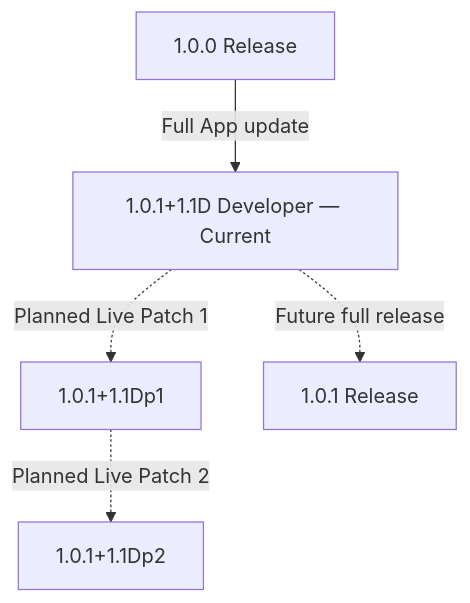
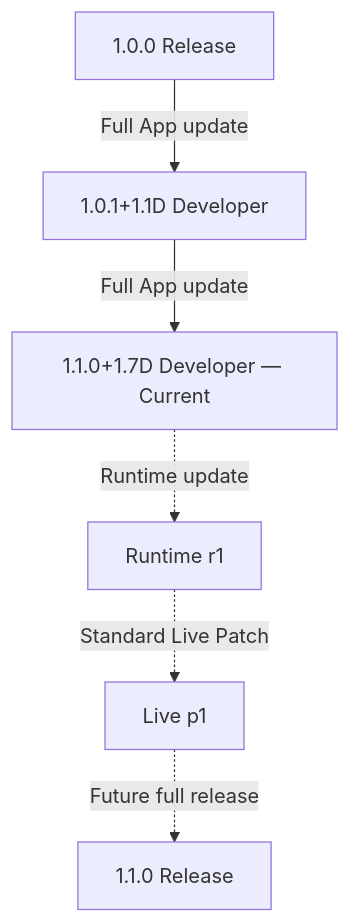
One commit to YuYu9372/Panel changed the diagram in Ver_timeline.md. Above: the diagram before and after it, drawn with Mermaid. The commit also changed other lines of this file and 15 other files, not shown here.

````diff
--- a/Ver_timeline.md
+++ b/Ver_timeline.md
@@ -3,7 +3,8 @@
 ```mermaid
 graph TD
-    V100["1.0.0 Release"] -->|"Full App update"| V101D["1.0.1+1.1D Developer — Current"]
-    V101D -.->|"Planned Live Patch 1"| P1["1.0.1+1.1Dp1"]
-    P1 -.->|"Planned Live Patch 2"| P2["1.0.1+1.1Dp2"]
-    V101D -.->|"Future full release"| V101R["1.0.1 Release"]
+    V100["1.0.0 Release"] -->|"Full App update"| V101D["1.0.1+1.1D Developer"]
+    V101D -->|"Full App update"| V110D["1.1.0+1.7D Developer — Current"]
+    V110D -.->|"Runtime update"| R1["Runtime r1"]
+    R1 -.->|"Standard Live Patch"| P1["Live p1"]
+    P1 -.->|"Future full release"| V110R["1.1.0 Release"]
 ```
````
